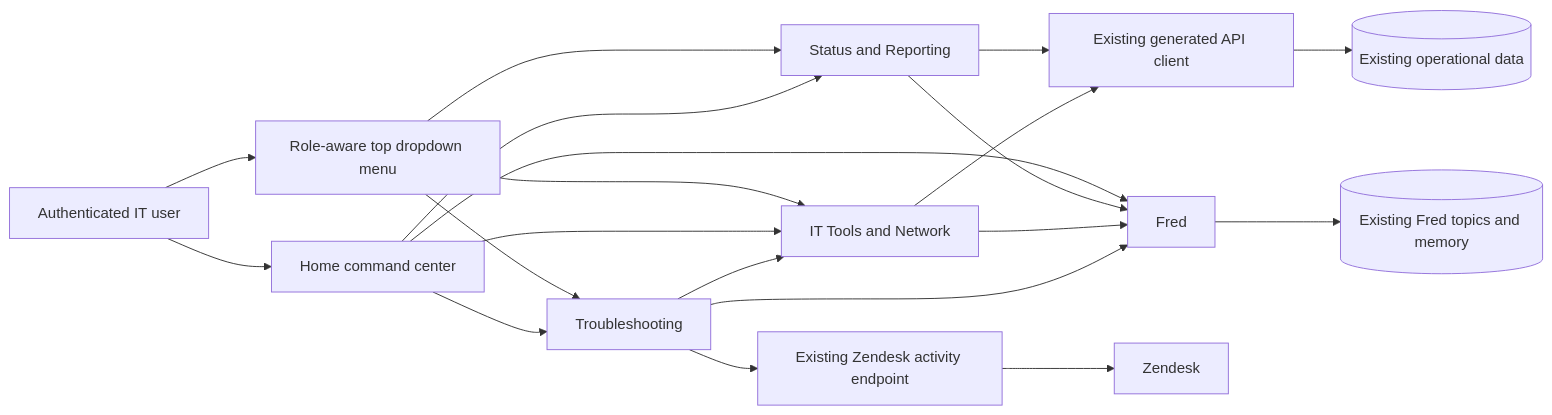
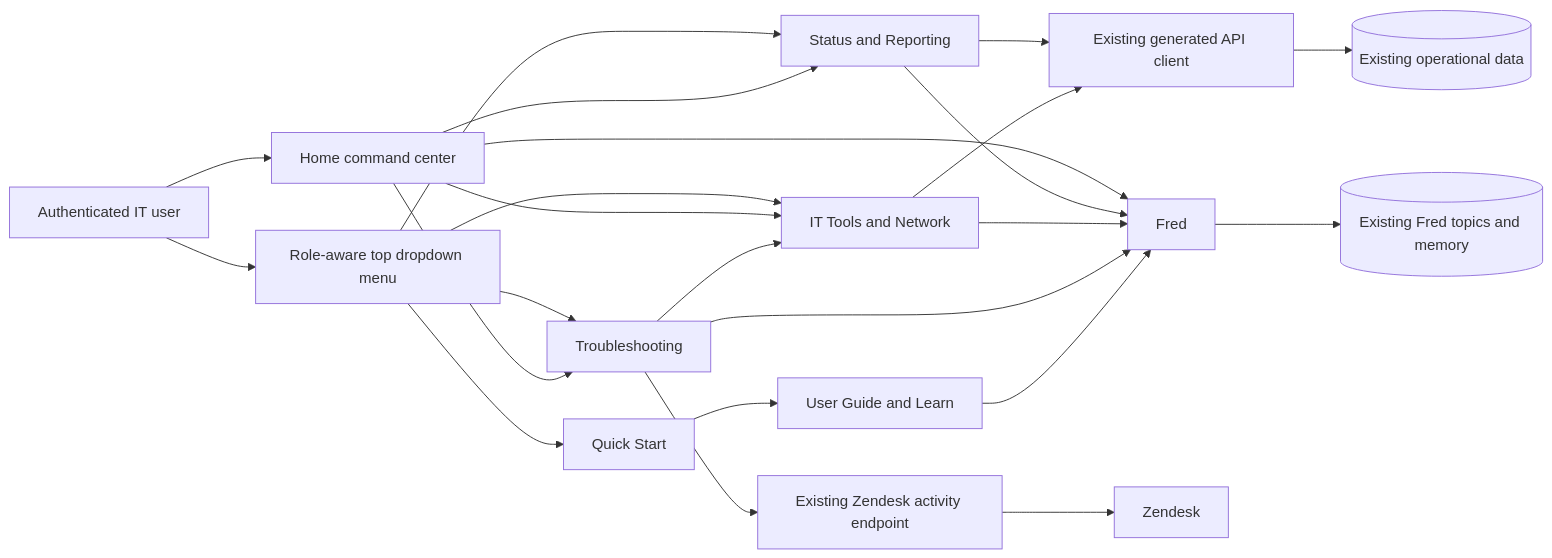
Before and after one commit to OlderschCoder/Network-Insight-Hub: the diagram in docs/portal-ui-architecture.mmd, drawn with Mermaid. The commit also changed 17 other files, not shown here.

Commit message:
Add Quick Start and refresh Fred training

```diff
--- a/docs/portal-ui-architecture.mmd
+++ b/docs/portal-ui-architecture.mmd
@@ -1,20 +1,23 @@
 flowchart LR
   U[Authenticated IT user] --> H[Home command center]
   U --> M[Role-aware top dropdown menu]
   M --> S
   M --> N
   M --> T
+  M --> Q[Quick Start]
   H --> S[Status and Reporting]
   H --> N[IT Tools and Network]
   H --> T[Troubleshooting]
   S --> API[Existing generated API client]
   N --> API
   T --> Z[Existing Zendesk activity endpoint]
+  Q --> G[User Guide and Learn]
   T --> N
   H --> F[Fred]
   S --> F
   N --> F
   T --> F
   API --> DB[(Existing operational data)]
   Z --> ZE[Zendesk]
   F --> FM[(Existing Fred topics and memory)]
+  G --> F
```
